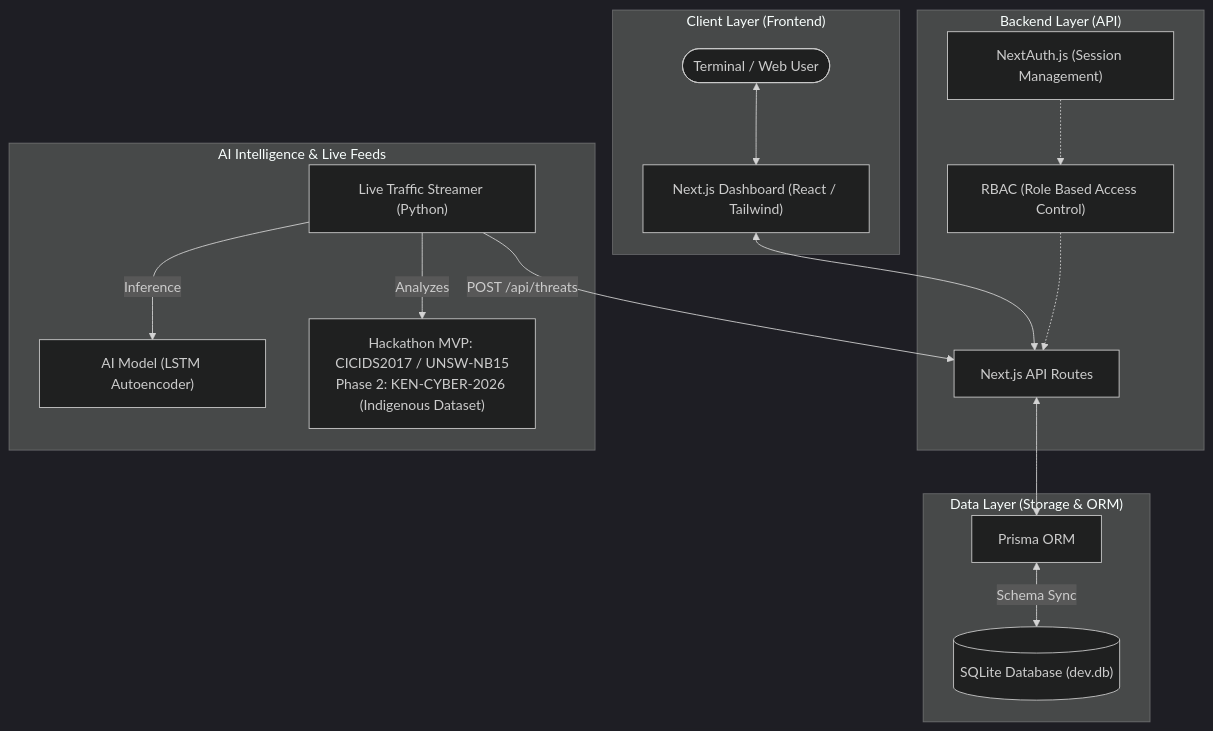
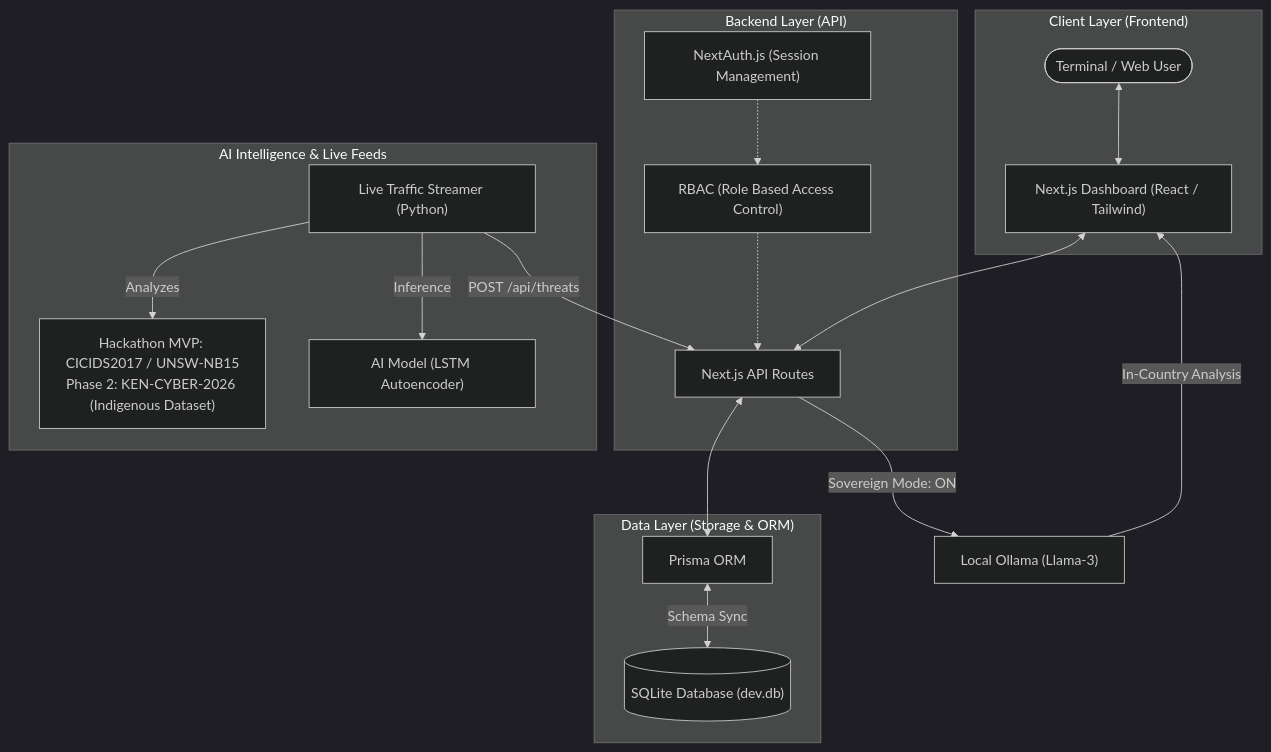
Before and after one commit to arapgechina24-lgtm/nctirs-platform-v2: the diagram in docs/ARCHITECTURE.md, drawn with Mermaid (dark theme). The commit also changed other lines of this file and 31 other files, not shown here.

````diff
--- a/docs/ARCHITECTURE.md
+++ b/docs/ARCHITECTURE.md
@@ -9,39 +9,43 @@
 ```mermaid
 graph TB
     subgraph Client_Layer ["Client Layer (Frontend)"]
         User(["Terminal / Web User"])
         FE["Next.js Dashboard (React / Tailwind)"]
     end
 
     subgraph Backend_Layer ["Backend Layer (API)"]
         API["Next.js API Routes"]
         Auth["NextAuth.js (Session Management)"]
         RBAC["RBAC (Role Based Access Control)"]
     end
 
     subgraph Data_Layer ["Data Layer (Storage & ORM)"]
         Prisma["Prisma ORM"]
         DB[("SQLite Database (dev.db)")]
     end
 
     subgraph AI_Intelligence ["AI Intelligence & Live Feeds"]
         PyTorch["AI Model (LSTM Autoencoder)"]
         Streamer["Live Traffic Streamer (Python)"]
         Datasets["Hackathon MVP: CICIDS2017 / UNSW-NB15<br/>Phase 2: KEN-CYBER-2026 (Indigenous Dataset)"]
     end
 
     %% Connections
     User <--> FE
     FE <--> API
     API <--> Prisma
     Prisma <-- "Schema Sync" --> DB
     
     %% AI Integration
     Streamer -- "Analyzes" --> Datasets
     Streamer -- "Inference" --> PyTorch
     Streamer -- "POST /api/threats" --> API
     
+    %% Sovereignty Flow
+    API -- "Sovereign Mode: ON" --> Ollama["Local Ollama (Llama-3)"]
+    Ollama -- "In-Country Analysis" --> FE
+    
     %% Security
     Auth -.-> RBAC
     RBAC -.-> API
 ```
````
